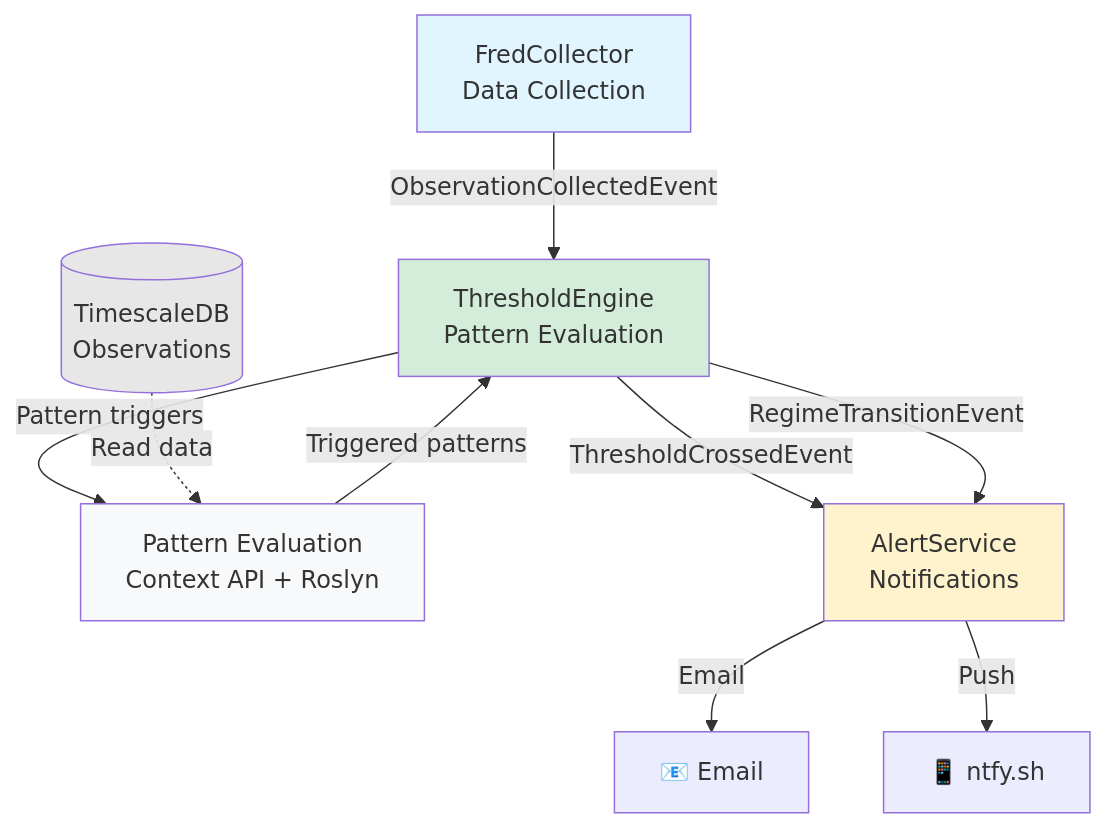
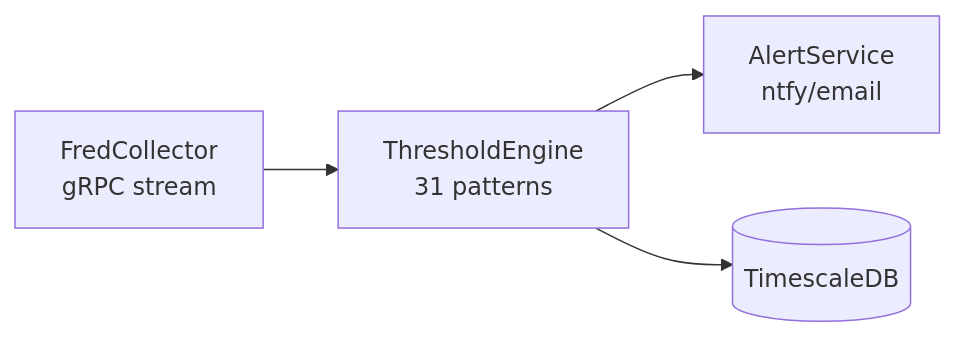
One commit to jpansarasa/ATLAS-Docs changed the diagram in ThresholdEngine/README.md. Above: the diagram before and after it, drawn with Mermaid. The commit also changed other lines of this file and 10 other files, not shown here.

````diff
--- a/ThresholdEngine/README.md
+++ b/ThresholdEngine/README.md
@@ -40,18 +13,6 @@
 ```mermaid
-flowchart TD
-    FC[FredCollector<br/>Data Collection] -->|ObservationCollectedEvent| TE[ThresholdEngine<br/>Pattern Evaluation]
-    TE -->|Pattern triggers| PE[Pattern Evaluation<br/>Context API + Roslyn]
-    PE -->|Triggered patterns| TE
-    TE -->|ThresholdCrossedEvent| AS[AlertService<br/>Notifications]
-    TE -->|RegimeTransitionEvent| AS
-    AS -->|Email| EMAIL[📧 Email]
-    AS -->|Push| NTFY[📱 ntfy.sh]
-    
-    DB[(TimescaleDB<br/>Observations)] -.->|Read data| PE
-    
-    style FC fill:#e1f5ff
-    style TE fill:#d4edda
-    style AS fill:#fff3cd
-    style PE fill:#f8f9fa
-    style DB fill:#e7e7e7
+flowchart LR
+    FC[FredCollector<br/>gRPC stream] --> TE[ThresholdEngine<br/>31 patterns]
+    TE --> AS[AlertService<br/>ntfy/email]
+    TE --> DB[(TimescaleDB)]
 ```
````
